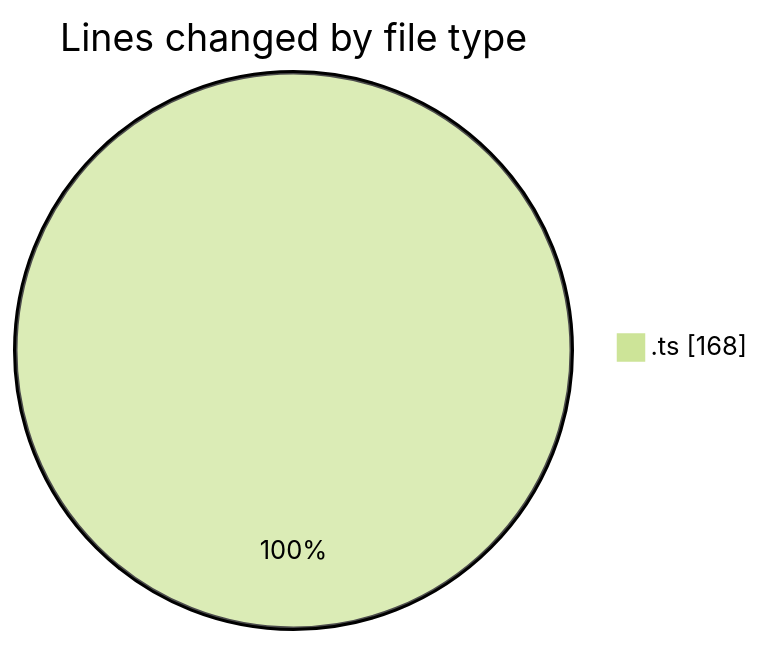
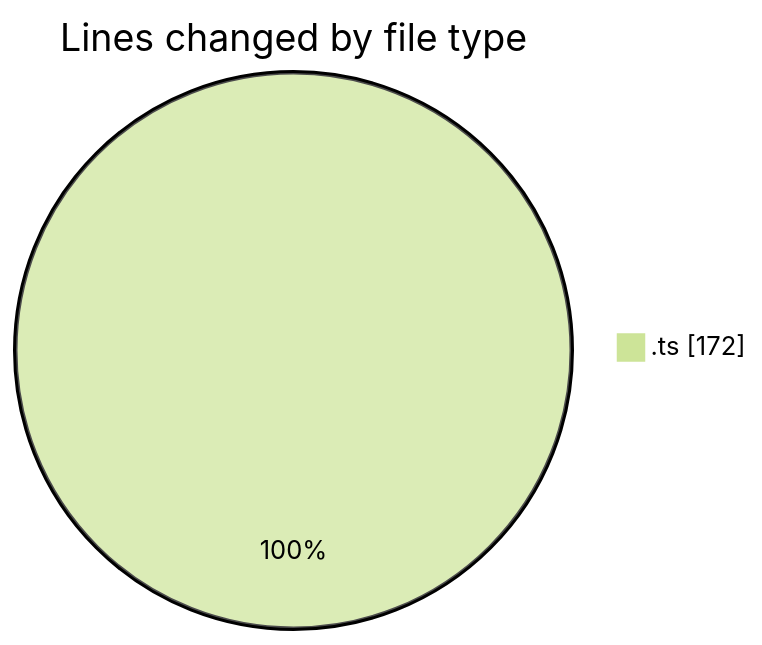
Before and after one commit to momahboobian/code-tracking: the first of 2 diagrams in 2025-08-07/cda/README.md, drawn with Mermaid (forest theme). The commit also changed other lines of this file and 1 other file, not shown here.

````diff
--- a/2025-08-07/cda/README.md
+++ b/2025-08-07/cda/README.md
@@ -20,5 +20,5 @@
 ```mermaid
 pie showData
 title Lines changed by file type
-".ts" : 168
+".ts" : 172
 ```
````
